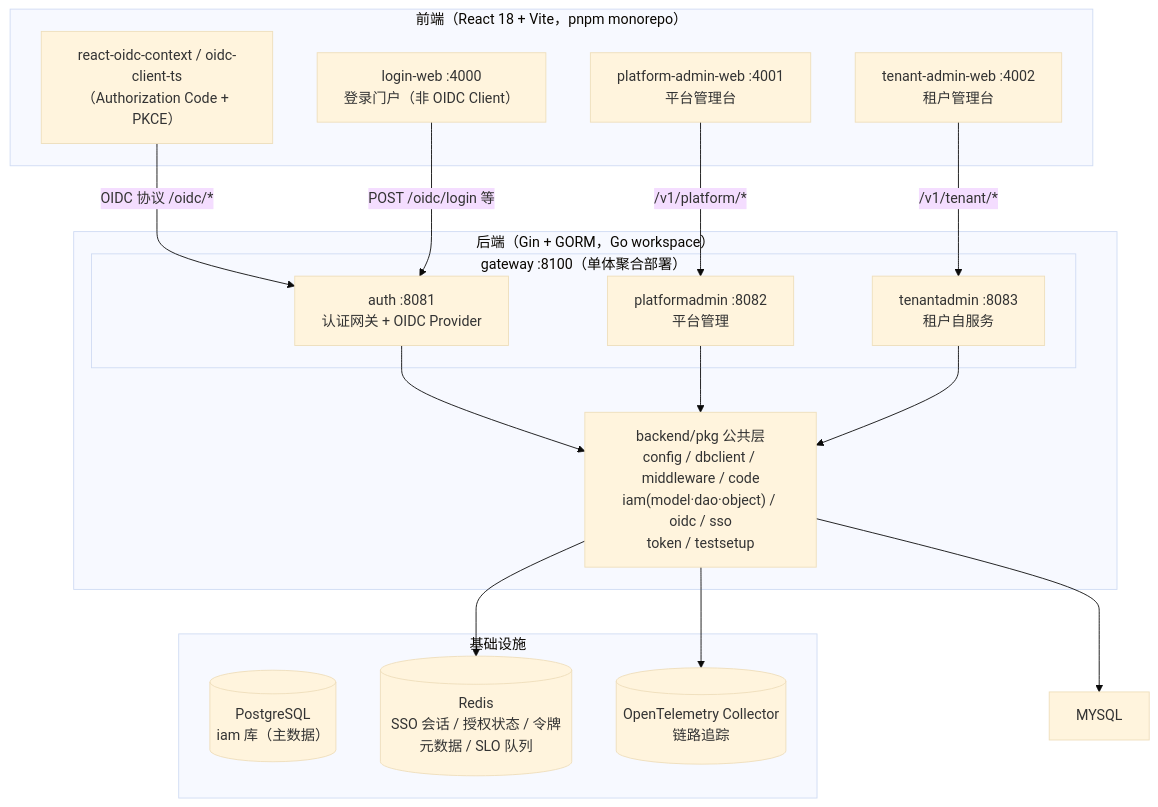
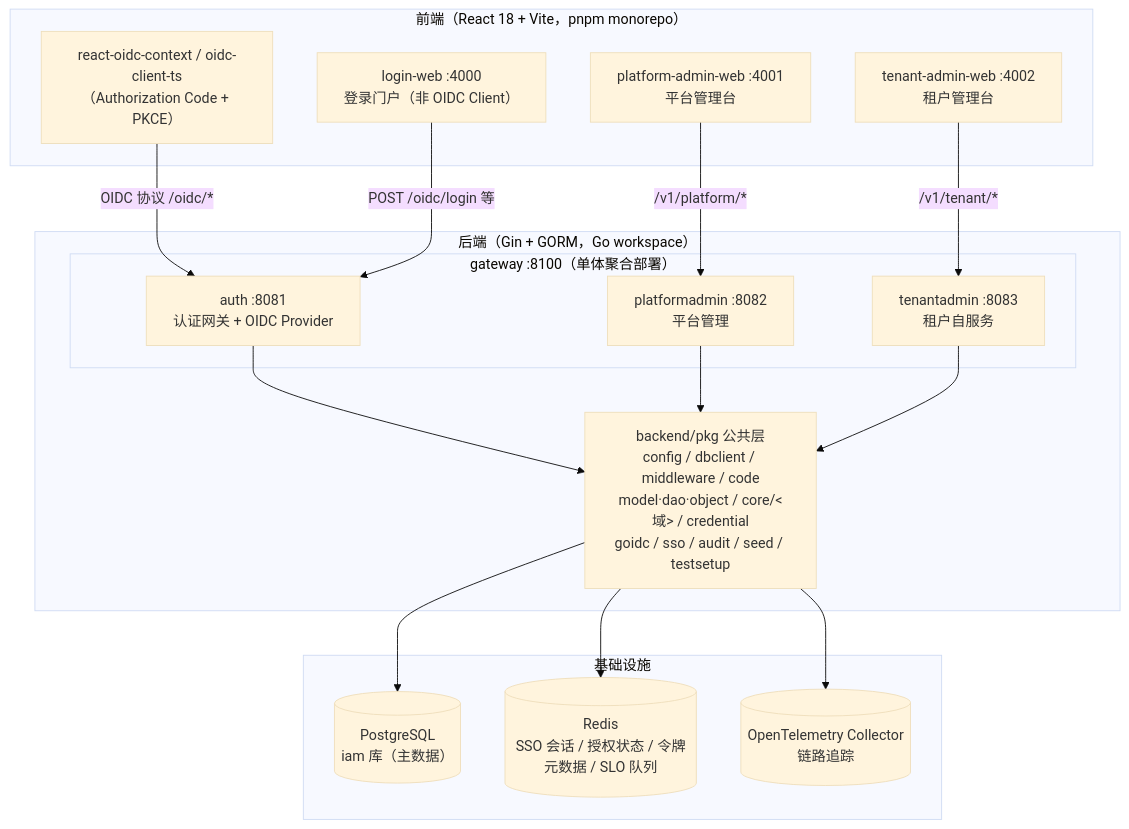
One commit to morehao/ark-iam changed the first of 15 diagrams in docs/design/system-design.md. Above: the diagram before and after it, drawn with Mermaid (base theme). The commit also changed other lines of this file and 100 other files, not shown here.

````diff
--- a/docs/design/system-design.md
+++ b/docs/design/system-design.md
@@ -61,35 +61,35 @@
 ```mermaid
 flowchart TB
     subgraph FE["前端（React 18 + Vite，pnpm monorepo）"]
         LW["login-web :4000<br/>登录门户（非 OIDC Client）"]
         PW["platform-admin-web :4001<br/>平台管理台"]
         TW["tenant-admin-web :4002<br/>租户管理台"]
         OIDCSDK["react-oidc-context / oidc-client-ts<br/>（Authorization Code + PKCE）"]
     end
 
     subgraph BE["后端（Gin + GORM，Go workspace）"]
         subgraph GATEWAY["gateway :8100（单体聚合部署）"]
             AUTH["auth :8081<br/>认证网关 + OIDC Provider"]
             PLAT["platformadmin :8082<br/>平台管理"]
             TENANT["tenantadmin :8083<br/>租户自服务"]
         end
-        PKG["backend/pkg 公共层<br/>config / dbclient / middleware / code<br/>iam(model·dao·object) / oidc / sso<br/>token / testsetup"]
+        PKG["backend/pkg 公共层<br/>config / dbclient / middleware / code<br/>model·dao·object / core/&lt;域&gt; / credential<br/>goidc / sso / audit / seed / testsetup"]
     end
 
     subgraph INFRA["基础设施"]
         PG[("PostgreSQL<br/>iam 库（主数据）")]
         REDIS[("Redis<br/>SSO 会话 / 授权状态 / 令牌元数据 / SLO 队列")]
         OTLP[("OpenTelemetry Collector<br/>链路追踪")]
     end
 
     OIDCSDK -->|"OIDC 协议 /oidc/*"| AUTH
     LW -->|"POST /oidc/login 等"| AUTH
     PW -->|"/v1/platform/*"| PLAT
     TW -->|"/v1/tenant/*"| TENANT
     AUTH --> PKG
     PLAT --> PKG
     TENANT --> PKG
-    PKG --> MYSQL
+    PKG --> PG
     PKG --> REDIS
     PKG --> OTLP
 ```
````
